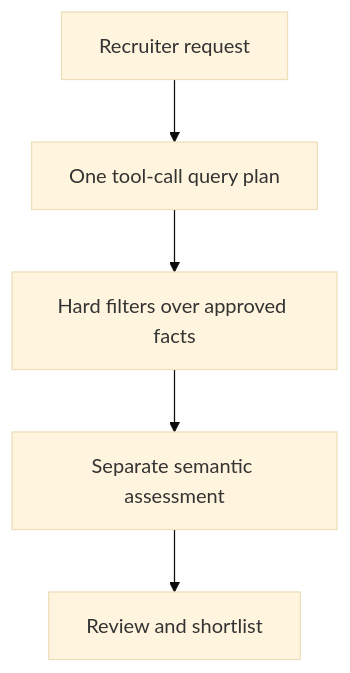
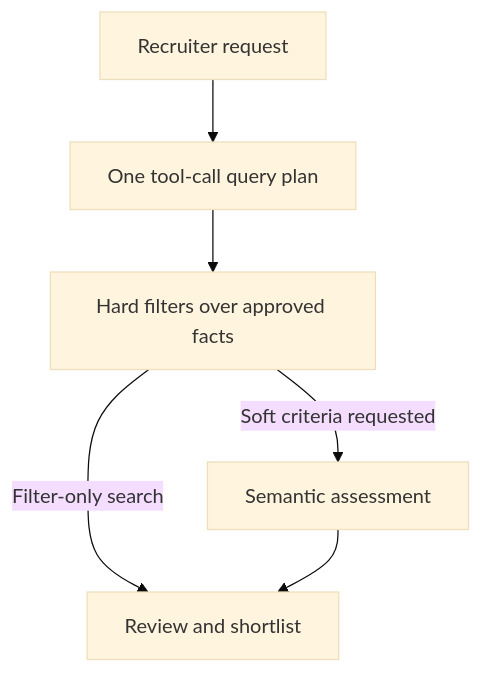
The second of 2 diagrams in README.md (kartikhth-byte/NjordHR-Showcase), drawn with Mermaid (base theme) before and after one commit. The commit also changed 1 other file, not shown here.

Commit message:
Clarify optional semantic matching and reviewed feedback flows

````diff
--- a/README.md
+++ b/README.md
@@ -44,7 +44,8 @@
 ```mermaid
 flowchart TD
     A[Recruiter request] --> B[One tool-call query plan]
     B --> C[Hard filters over approved facts]
-    C --> D[Separate semantic assessment]
-    D --> E[Review and shortlist]
+    C -->|Filter-only search| E[Review and shortlist]
+    C -->|Soft criteria requested| D[Semantic assessment]
+    D --> E
 ```
````
